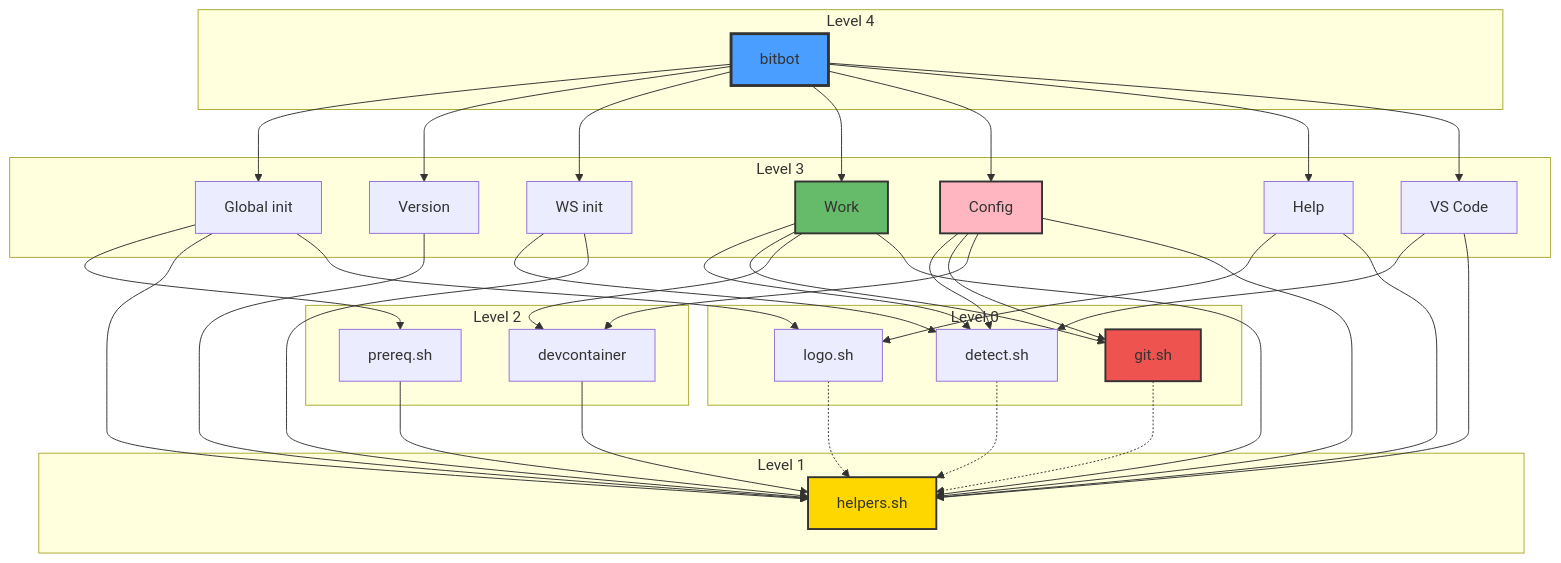
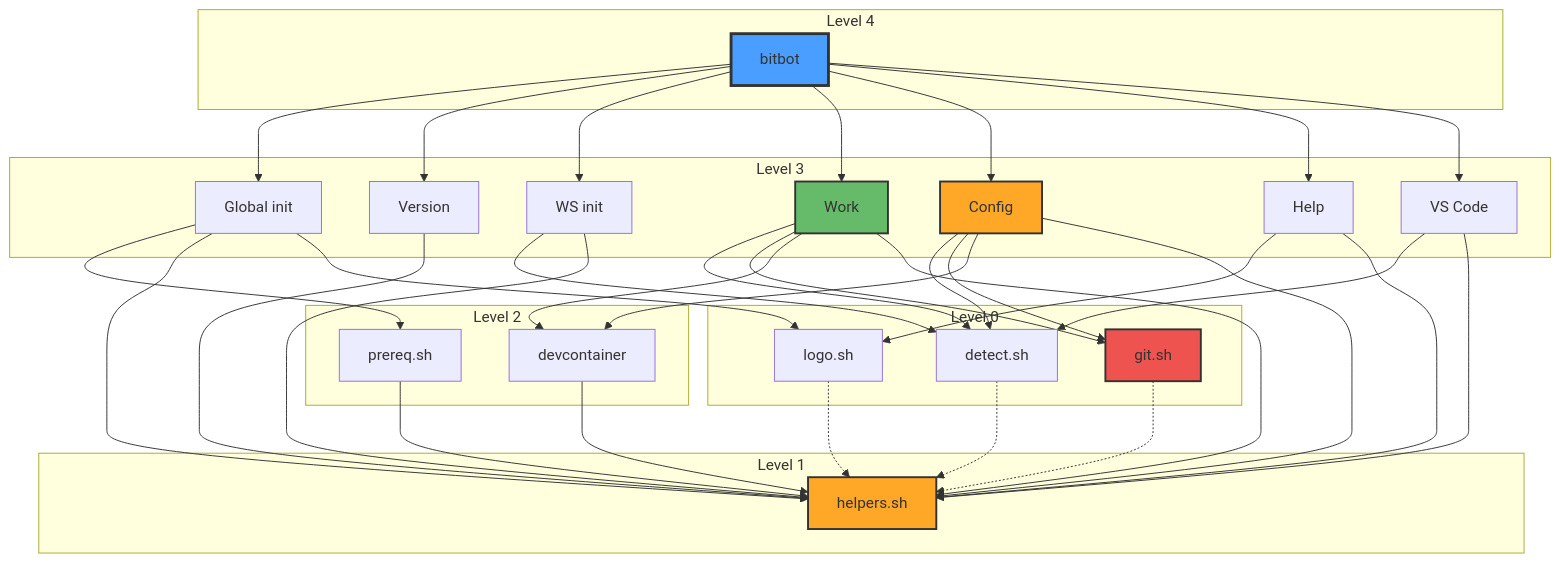
One commit to ManuelKugelmann/BitBot changed the sixth of 6 diagrams in sparc/3-architecture/diagrams/06-component-interaction.md. Above: the diagram before and after it, drawn with Mermaid. The commit also changed other lines of this file, not shown here.

First line of the commit message:
Apply FLOW_INNER_BITBOT color scheme to diagram 06

````diff
--- a/sparc/3-architecture/diagrams/06-component-interaction.md
+++ b/sparc/3-architecture/diagrams/06-component-interaction.md
@@ -412,77 +412,77 @@
 ```mermaid
 graph TB
     subgraph L0["Level 0"]
         DETECT[detect.sh]
         GIT[git.sh]
         LOGO[logo.sh]
     end
 
     subgraph L1["Level 1"]
         HELPERS[helpers.sh]
     end
 
     subgraph L2["Level 2"]
         PREREQ[prereq.sh]
         DEVCON[devcontainer]
     end
 
     subgraph L3["Level 3"]
         GINIT[Global init]
         VERSION[Version]
         WINIT[WS init]
         WORK[Work]
         CONFIG[Config]
         HELP[Help]
         VSCODE[VS Code]
     end
 
     subgraph L4["Level 4"]
         BITBOT[bitbot]
     end
 
     DETECT -.-> HELPERS
     GIT -.-> HELPERS
     LOGO -.-> HELPERS
 
     PREREQ --> HELPERS
     DEVCON --> HELPERS
 
     GINIT --> PREREQ
     GINIT --> HELPERS
     GINIT --> LOGO
 
     VERSION --> HELPERS
 
     WINIT --> DETECT
     WINIT --> HELPERS
 
     WORK --> DETECT
     WORK --> GIT
     WORK --> DEVCON
     WORK --> HELPERS
 
     CONFIG --> DETECT
     CONFIG --> GIT
     CONFIG --> DEVCON
     CONFIG --> HELPERS
 
     HELP --> LOGO
     HELP --> HELPERS
 
     VSCODE --> DETECT
     VSCODE --> HELPERS
 
     BITBOT --> GINIT
     BITBOT --> VERSION
     BITBOT --> WINIT
     BITBOT --> WORK
     BITBOT --> CONFIG
     BITBOT --> HELP
     BITBOT --> VSCODE
 
-    style HELPERS fill:#ffd700,stroke:#333,stroke-width:2px,color:#333
+    style HELPERS fill:#ffa726,stroke:#333,stroke-width:2px,color:#333
     style BITBOT fill:#4a9eff,stroke:#333,stroke-width:3px
     style WORK fill:#66bb6a,stroke:#333,stroke-width:2px,color:#333
-    style CONFIG fill:#ffb6c1,stroke:#333,stroke-width:2px,color:#333
+    style CONFIG fill:#ffa726,stroke:#333,stroke-width:2px,color:#333
     style GIT fill:#ef5350,stroke:#333,stroke-width:2px,color:#333
 ```
````
